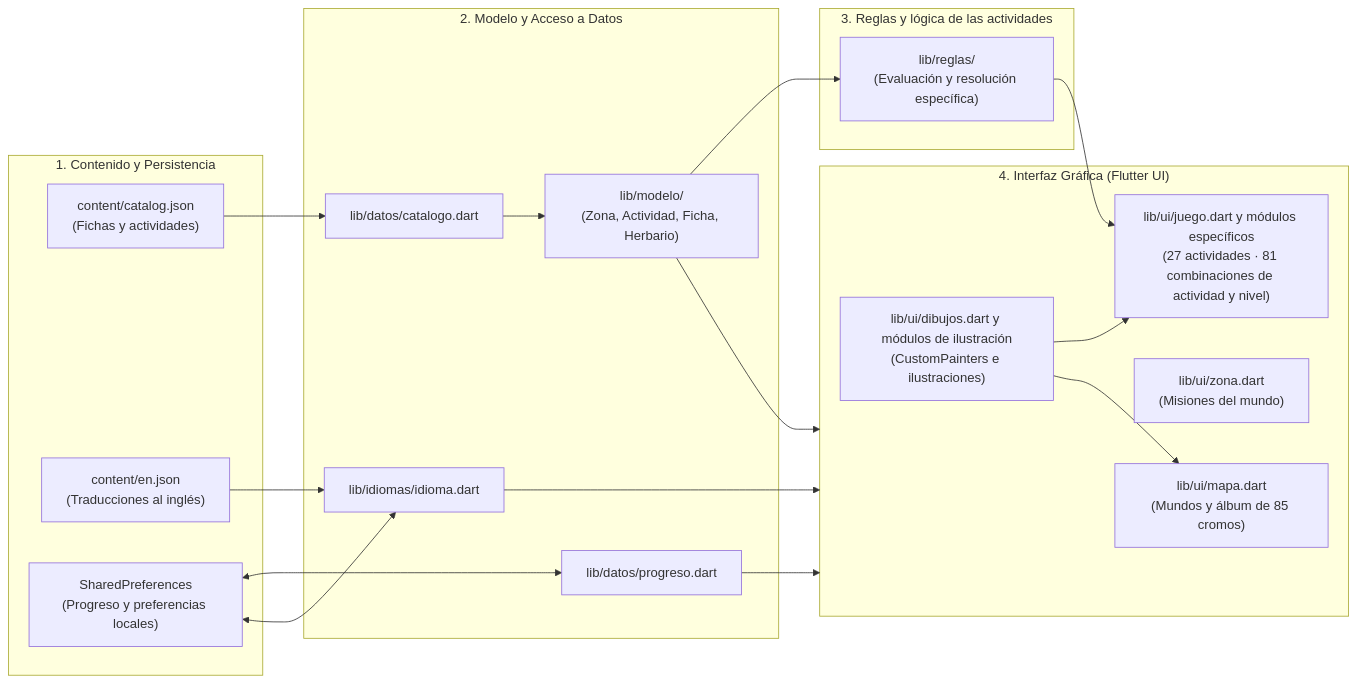
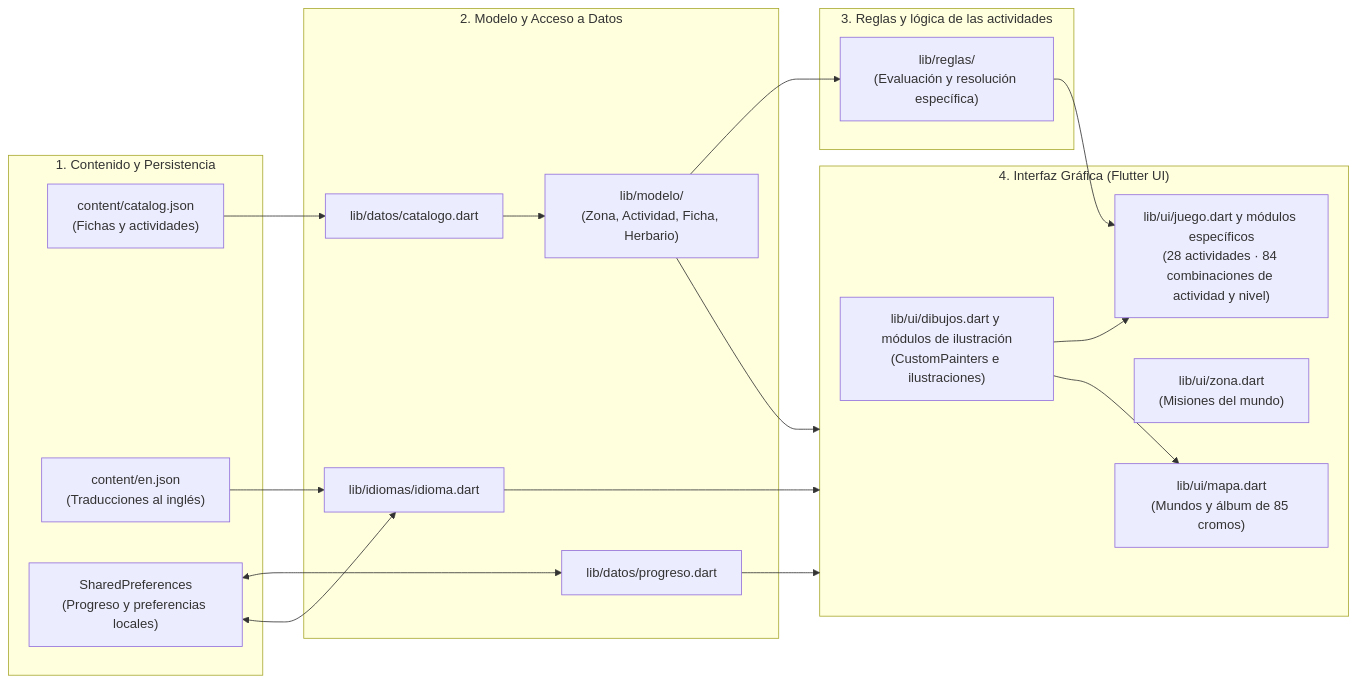
Before and after one commit to imoroc/NaturalMente: the first of 2 diagrams in README.md, drawn with Mermaid. The commit also changed other lines of this file and 25 other files, not shown here.

````diff
--- a/README.md
+++ b/README.md
@@ -73,39 +73,39 @@
 ```mermaid
 flowchart LR
   subgraph Datos["1. Contenido y Persistencia"]
     JSON["content/catalog.json\n(Fichas y actividades)"]
     EN["content/en.json\n(Traducciones al inglés)"]
     PREFS["SharedPreferences\n(Progreso y preferencias locales)"]
   end
 
   subgraph Dominio["2. Modelo y Acceso a Datos"]
     CAT["lib/datos/catalogo.dart"]
     PROG["lib/datos/progreso.dart"]
     IDIOMA["lib/idiomas/idioma.dart"]
     MOD["lib/modelo/\n(Zona, Actividad, Ficha, Herbario)"]
   end
 
   subgraph Reglas["3. Reglas y lógica de las actividades"]
     RES["lib/reglas/\n(Evaluación y resolución específica)"]
   end
 
   subgraph Interfaz["4. Interfaz Gráfica (Flutter UI)"]
     MAPA["lib/ui/mapa.dart\n(Mundos y álbum de 85 cromos)"]
     ZONA["lib/ui/zona.dart\n(Misiones del mundo)"]
-    JUEGO["lib/ui/juego.dart y módulos específicos\n(27 actividades · 81 combinaciones de actividad y nivel)"]
+    JUEGO["lib/ui/juego.dart y módulos específicos\n(28 actividades · 84 combinaciones de actividad y nivel)"]
     DIB["lib/ui/dibujos.dart y módulos de ilustración\n(CustomPainters e ilustraciones)"]
   end
 
   JSON --> CAT
   EN --> IDIOMA
   PREFS <--> PROG
   PREFS <--> IDIOMA
   CAT --> MOD
   MOD --> RES
   MOD --> Interfaz
   PROG --> Interfaz
   IDIOMA --> Interfaz
   RES --> JUEGO
   DIB --> JUEGO
   DIB --> MAPA
 ```
````
